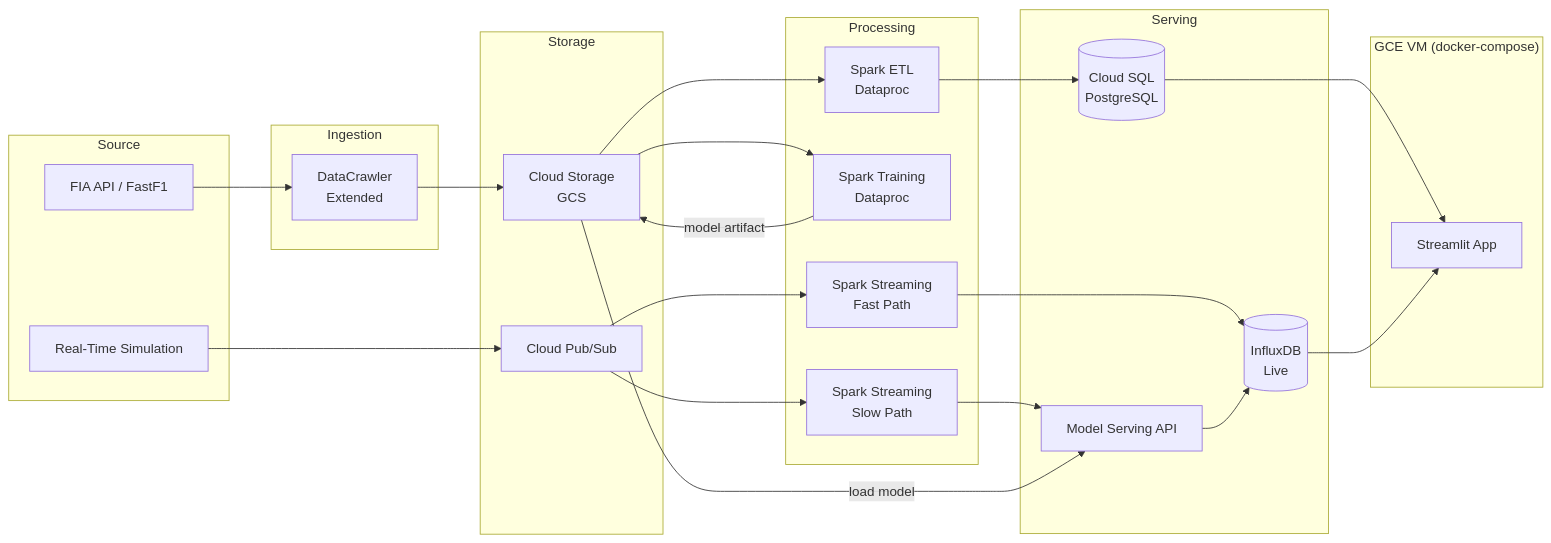
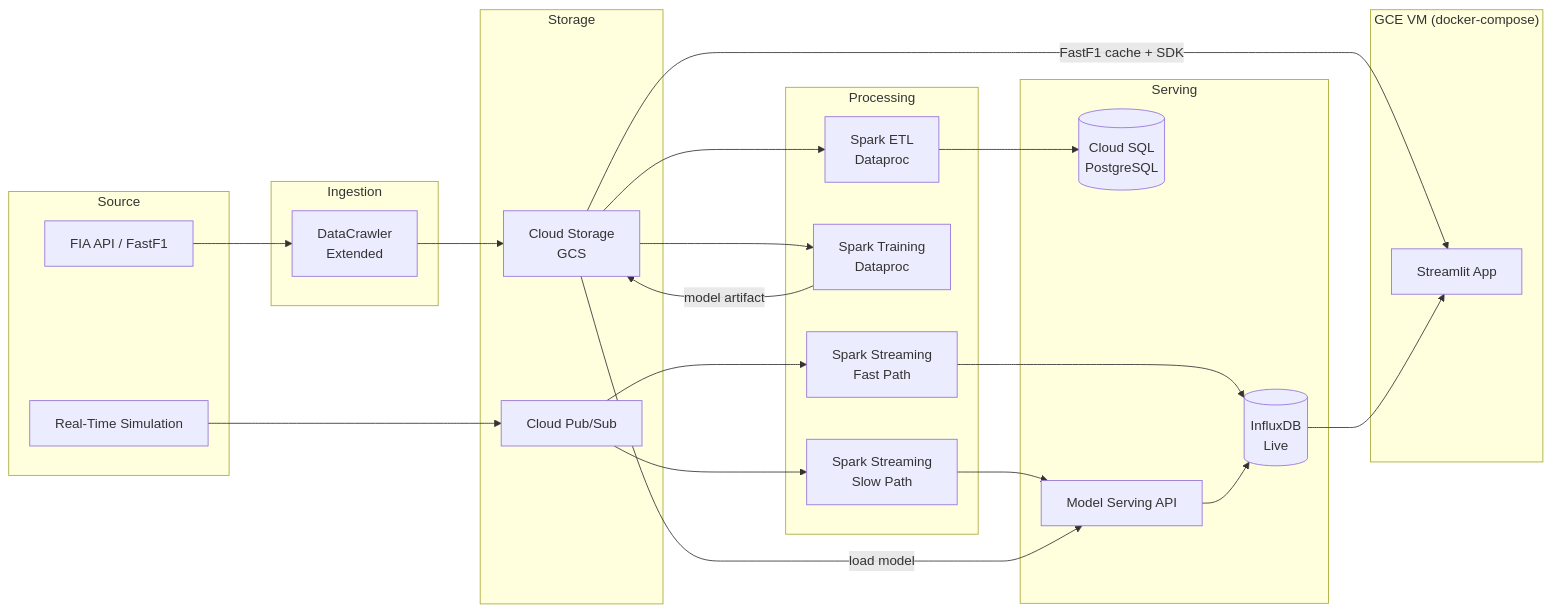
One commit to nmk-k66-uet/F1-Chubby-Data changed the first of 11 diagrams in revised_plan.md. Above: the diagram before and after it, drawn with Mermaid. The commit also changed other lines of this file and 19 other files, not shown here.

Commit message:
change: rework the loader flow to use another blob

````diff
--- a/revised_plan.md
+++ b/revised_plan.md
@@ -15,49 +15,48 @@
 ```mermaid
 flowchart LR
     subgraph Source
         FIA[FIA API / FastF1]
         SIM[Real-Time Simulation]
     end
 
     subgraph Ingestion
         DC[DataCrawler<br/>Extended]
     end
 
     subgraph Storage
         GCS[Cloud Storage<br/>GCS]
         PUBSUB[Cloud Pub/Sub]
     end
 
     subgraph Processing
         SPARK_ETL[Spark ETL<br/>Dataproc]
         SPARK_TRAIN[Spark Training<br/>Dataproc]
         FAST[Spark Streaming<br/>Fast Path]
         SLOW[Spark Streaming<br/>Slow Path]
     end
 
     subgraph Serving
         PG[(Cloud SQL<br/>PostgreSQL)]
         INFLUX[(InfluxDB<br/>Live)]
         MLAPI[Model Serving API]
     end
 
     subgraph "GCE VM (docker-compose)"
         INFLUX
         MLAPI
         UI[Streamlit App]
     end
 
     FIA --> DC --> GCS
     SIM --> PUBSUB
 
     GCS --> SPARK_ETL --> PG
     GCS --> SPARK_TRAIN -->|model artifact| GCS
 
     PUBSUB --> FAST --> INFLUX
     PUBSUB --> SLOW --> MLAPI --> INFLUX
 
     GCS -->|load model| MLAPI
-
-    PG --> UI
+    GCS -->|FastF1 cache + SDK| UI
     INFLUX --> UI
 ```
````
